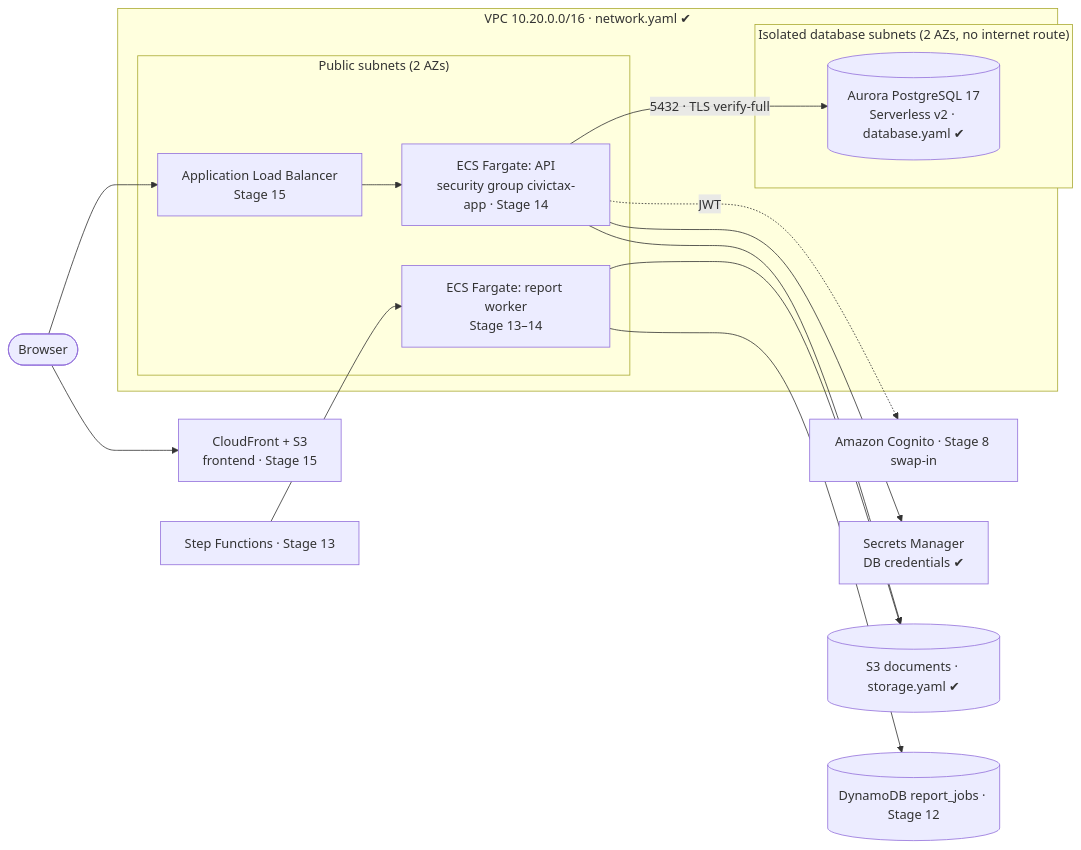
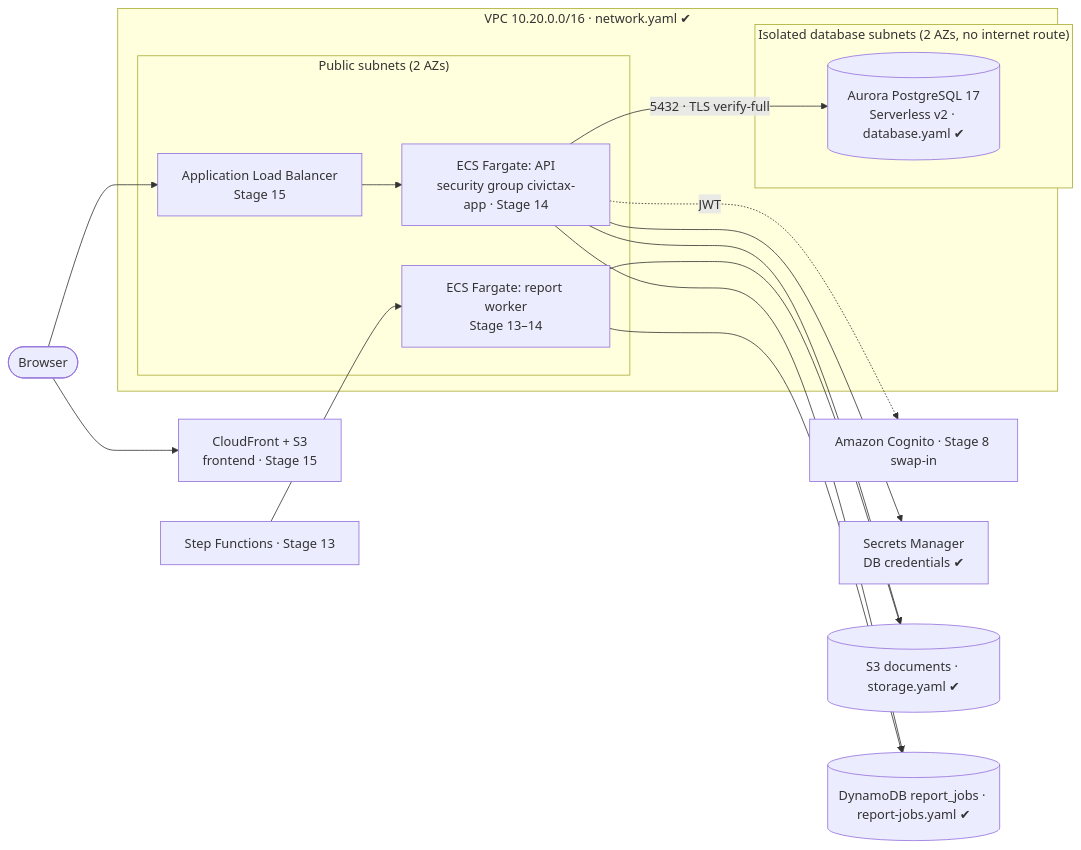
Before and after one commit to BhargavRaseshPatel/Tax-Management-System: the diagram in docs/aws-architecture.md, drawn with Mermaid. The commit also changed other lines of this file and 17 other files, not shown here.

Commit message:
DynamoDB report_jobs table and store

````diff
--- a/docs/aws-architecture.md
+++ b/docs/aws-architecture.md
@@ -6,21 +6,22 @@
 ```mermaid
 flowchart LR
   user([Browser]) --> cf[CloudFront + S3<br/>frontend · Stage 15]
   user --> alb[Application Load Balancer<br/>Stage 15]
   subgraph VPC["VPC 10.20.0.0/16 · network.yaml ✔"]
     subgraph public["Public subnets (2 AZs)"]
       alb --> api[ECS Fargate: API<br/>security group civictax-app · Stage 14]
       worker[ECS Fargate: report worker<br/>Stage 13–14]
     end
     subgraph isolated["Isolated database subnets (2 AZs, no internet route)"]
       aurora[(Aurora PostgreSQL 17<br/>Serverless v2 · database.yaml ✔)]
     end
     api -- "5432 · TLS verify-full" --> aurora
   end
   api -. JWT .-> cognito[Amazon Cognito · Stage 8 swap-in]
   api --> sm[Secrets Manager<br/>DB credentials ✔]
   api --> s3[(S3 documents · storage.yaml ✔)]
   worker --> s3
-  worker --> ddb[(DynamoDB report_jobs · Stage 12)]
+  api --> ddb[(DynamoDB report_jobs · report-jobs.yaml ✔)]
+  worker --> ddb
   sfn[Step Functions · Stage 13] --> worker
 ```
````
